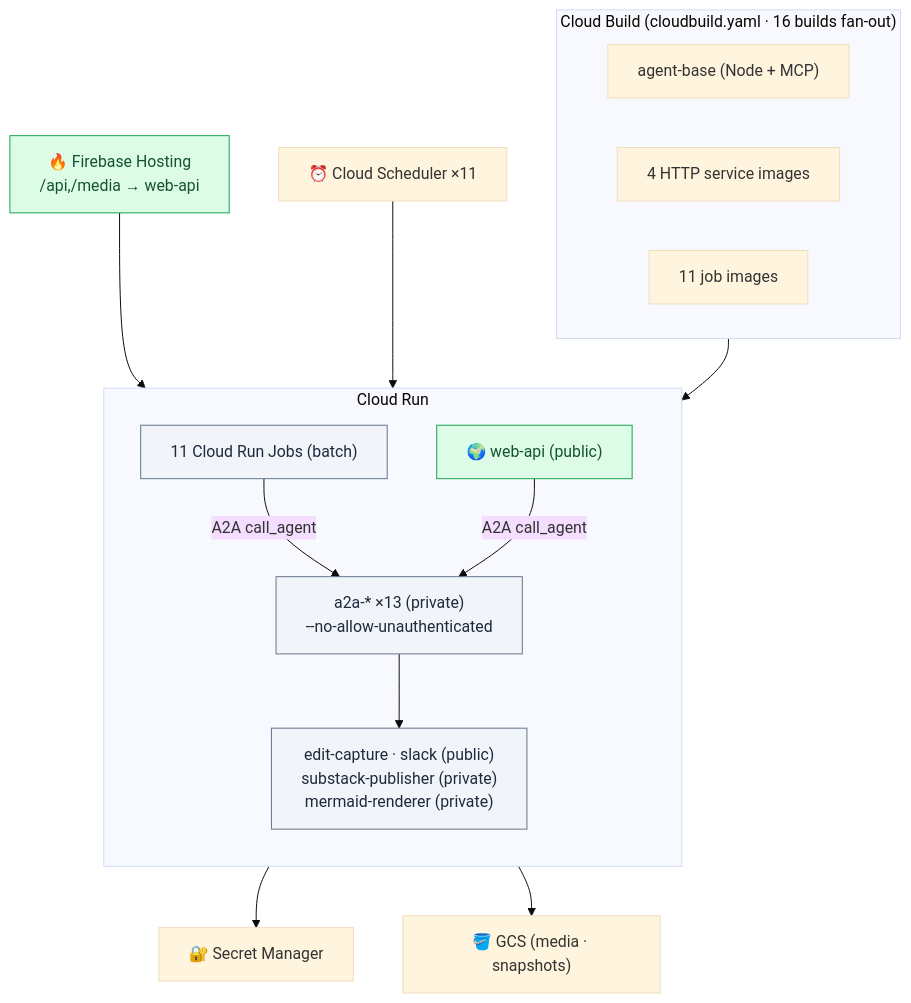
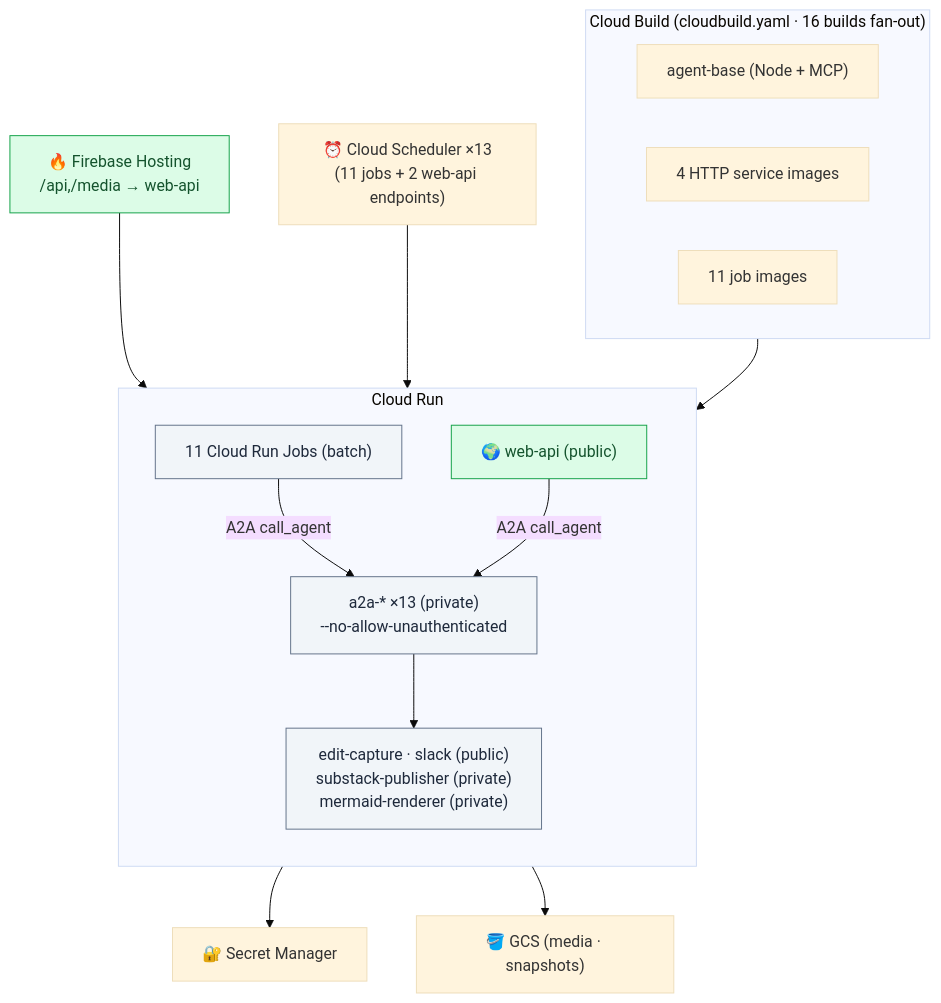
The eighth of 10 diagrams in docs/ARCHITECTURE.md (ichiorca/hindsight-guild), drawn with Mermaid (base theme) before and after one commit. The commit also changed other lines of this file and 3 other files, not shown here.

````diff
--- a/docs/ARCHITECTURE.md
+++ b/docs/ARCHITECTURE.md
@@ -457,35 +465,35 @@
 ```mermaid
 flowchart TB
     subgraph BUILD["Cloud Build (cloudbuild.yaml · 16 builds fan-out)"]
         AB["agent-base (Node + MCP)"]
         SVC["4 HTTP service images"]
         JOB["11 job images"]
     end
 
     subgraph CR["Cloud Run"]
         direction TB
         WEBAPI["🌍 web-api (public)"]
         A2A["a2a-* ×13 (private)<br/>--no-allow-unauthenticated"]
         HANDLERS["edit-capture · slack (public)<br/>substack-publisher (private)<br/>mermaid-renderer (private)"]
         JOBS["11 Cloud Run Jobs (batch)"]
     end
 
     FB["🔥 Firebase Hosting<br/>/api,/media → web-api"]
-    SCHED["⏰ Cloud Scheduler ×11"]
+    SCHED["⏰ Cloud Scheduler ×13<br/>(11 jobs + 2 web-api endpoints)"]
     SM["🔐 Secret Manager"]
     GCS["🪣 GCS (media · snapshots)"]
 
     BUILD --> CR
     FB --> WEBAPI
     SCHED --> JOBS
     JOBS -->|A2A call_agent| A2A
     WEBAPI -->|A2A call_agent| A2A
     A2A --> SM
     A2A --> GCS
     A2A --> HANDLERS
 
     classDef pub fill:#DCFCE7,stroke:#16A34A,color:#14532D;
     classDef priv fill:#F1F5F9,stroke:#64748B,color:#1E293B;
     class WEBAPI,FB pub
     class A2A,JOBS,HANDLERS priv
 ```
````
